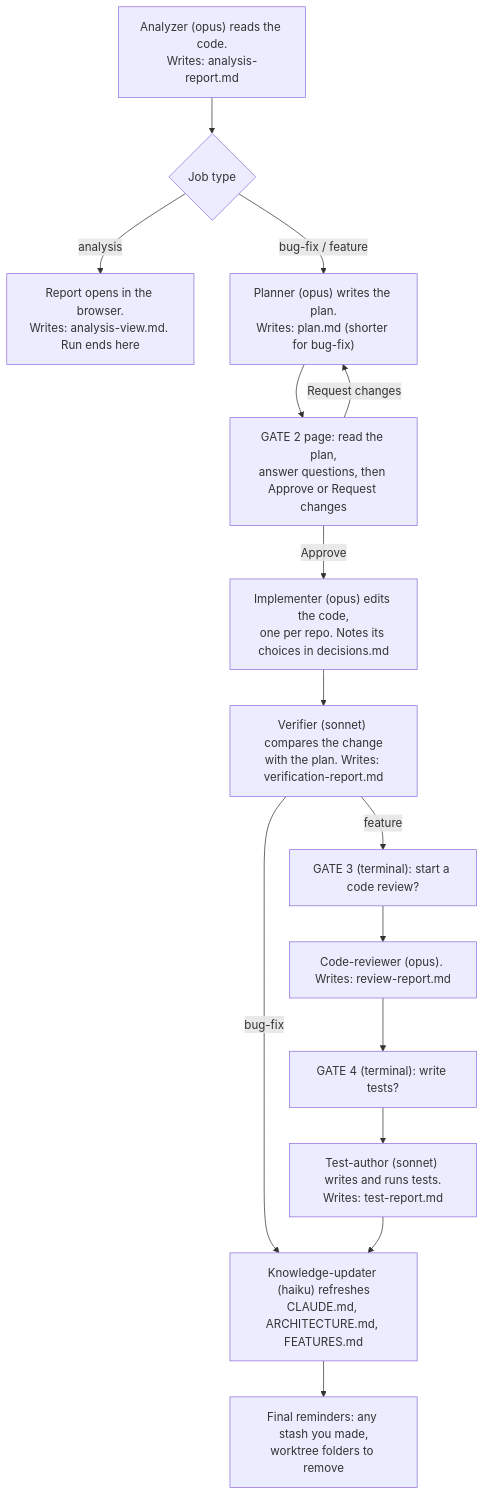
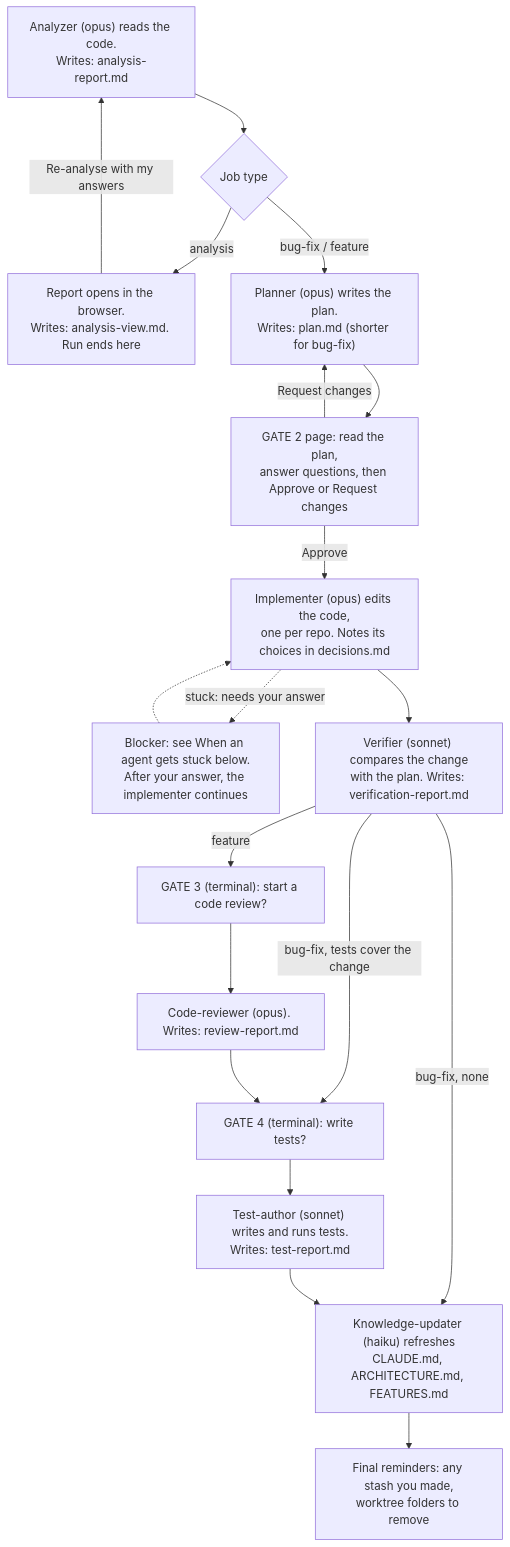
Before and after one commit to jaison10/cross-repo-orchestrator: the second of 3 diagrams in README.md, drawn with Mermaid. The commit also changed other lines of this file and 12 other files, not shown here.

````diff
--- a/README.md
+++ b/README.md
@@ -78,17 +105,21 @@
 ```mermaid
 flowchart TD
     A["Analyzer (opus) reads the code.<br/>Writes: analysis-report.md"] --> R{"Job type"}
     R -- "analysis" --> S["Report opens in the browser.<br/>Writes: analysis-view.md. Run ends here"]
+    S -- "Re-analyse with my answers" --> A
     R -- "bug-fix / feature" --> P["Planner (opus) writes the plan.<br/>Writes: plan.md (shorter for bug-fix)"]
     P --> G2["GATE 2 page: read the plan,<br/>answer questions, then Approve or Request changes"]
     G2 -- "Request changes" --> P
     G2 -- "Approve" --> I["Implementer (opus) edits the code,<br/>one per repo. Notes its choices in decisions.md"]
+    I -. "stuck: needs your answer" .-> BL["Blocker: see When an agent gets stuck below.<br/>After your answer, the implementer continues"]
+    BL -.-> I
     I --> V["Verifier (sonnet) compares the change<br/>with the plan. Writes: verification-report.md"]
-    V -- "bug-fix" --> K
+    V -- "bug-fix, tests cover the change" --> G4
+    V -- "bug-fix, none" --> K
     V -- "feature" --> G3["GATE 3 (terminal): start a code review?"]
     G3 --> CR["Code-reviewer (opus). Writes: review-report.md"]
     CR --> G4["GATE 4 (terminal): write tests?"]
     G4 --> T["Test-author (sonnet) writes and runs tests.<br/>Writes: test-report.md"]
     T --> K["Knowledge-updater (haiku) refreshes<br/>CLAUDE.md, ARCHITECTURE.md, FEATURES.md"]
     K --> E["Final reminders: any stash you made,<br/>worktree folders to remove"]
 ```
````
